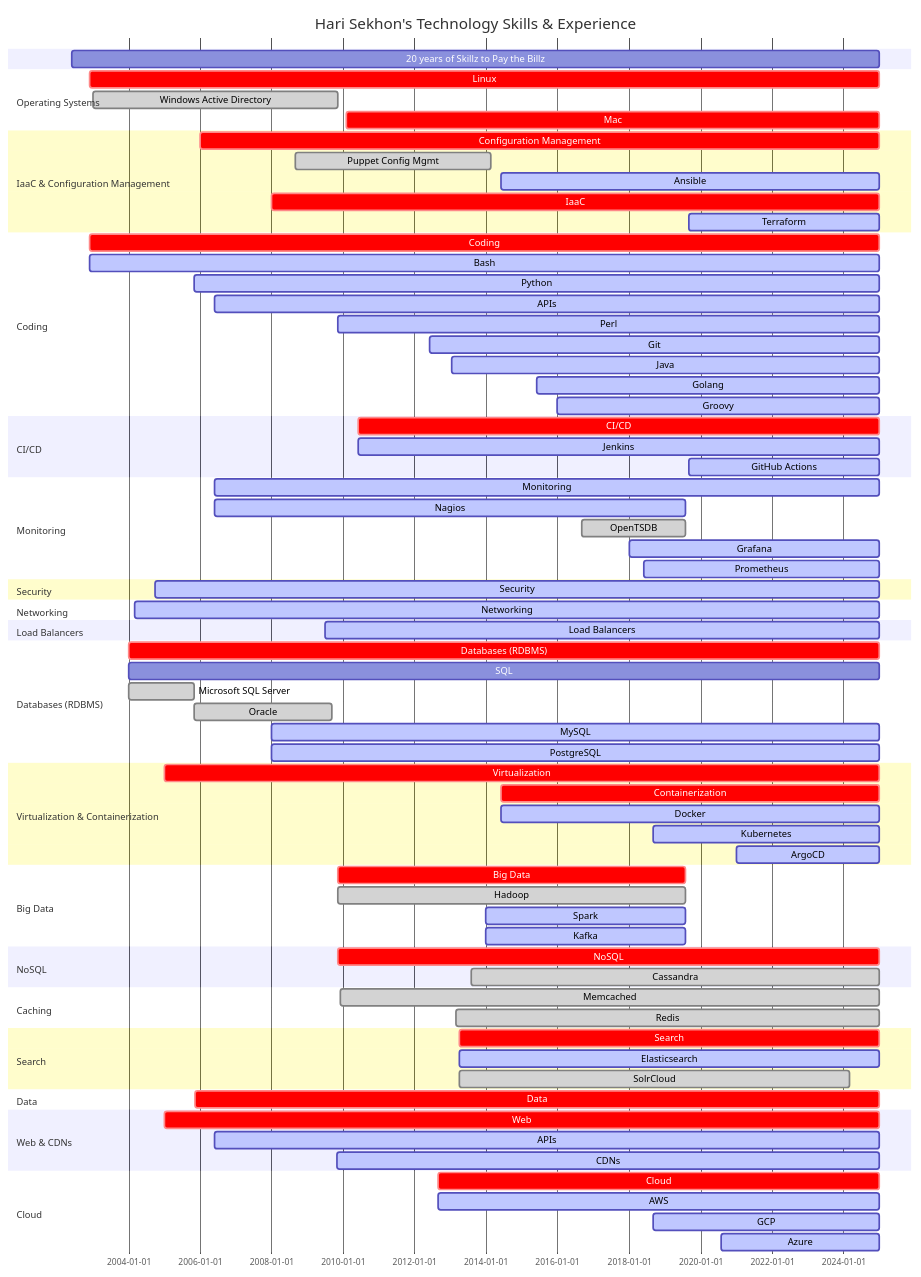
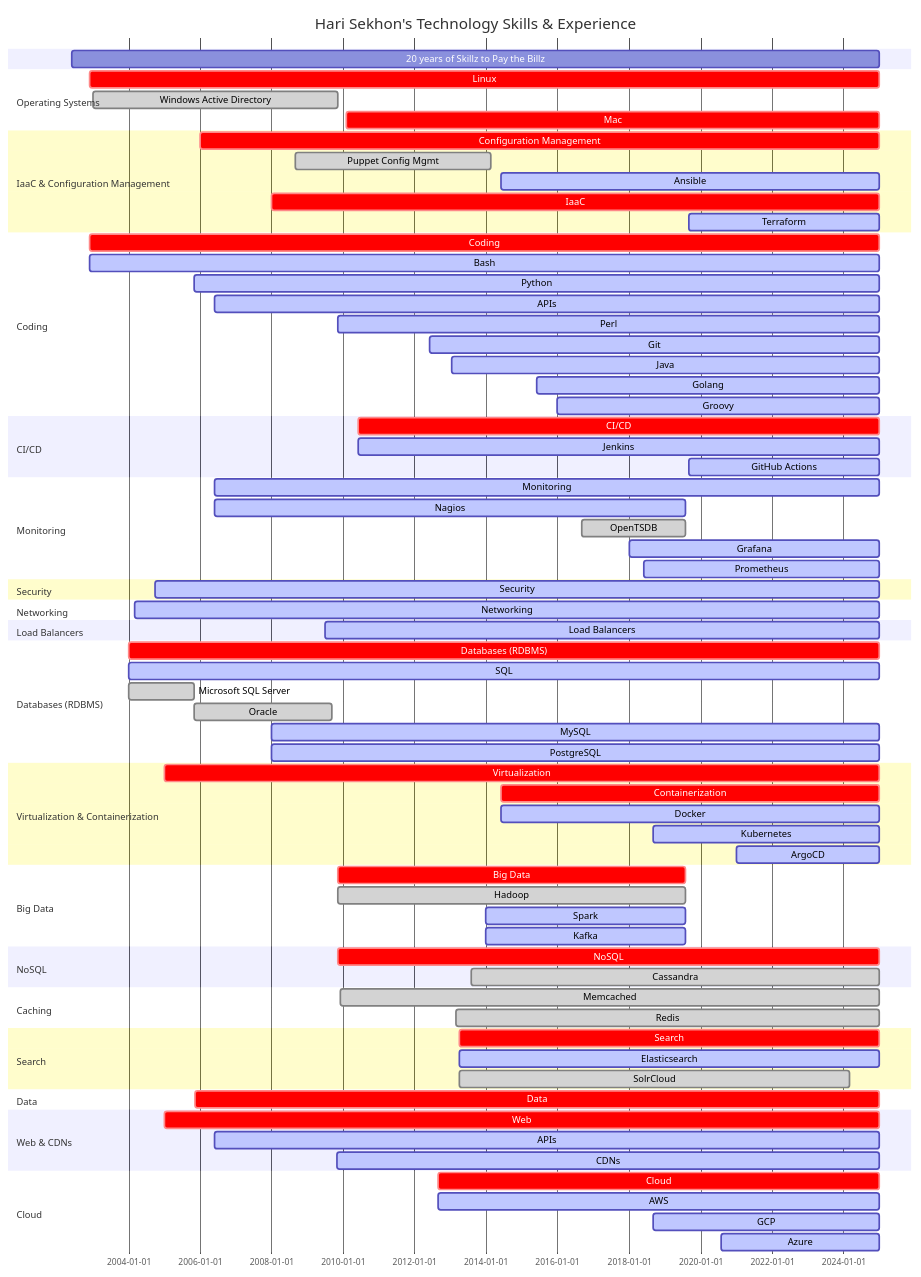
Before and after one commit to HariSekhon/HariSekhon: the diagram in README.md, drawn with Mermaid.

```diff
--- a/README.md
+++ b/README.md
@@ -374,7 +374,7 @@
 
     section Databases (RDBMS)
     Databases (RDBMS)      : crit, 2004-01-01, 2024-12-31
-    SQL                    : active: 2004-01-01, 2024-12-31
+    SQL                    : active, 2004-01-01, 2024-12-31
     Microsoft SQL Server   : done, 2004-01-01, 2005-10-31
     Oracle                 : done, 2005-11-01, 2009-09-10
     MySQL                  : active, 2008-01-01, 2024-12-31
```
